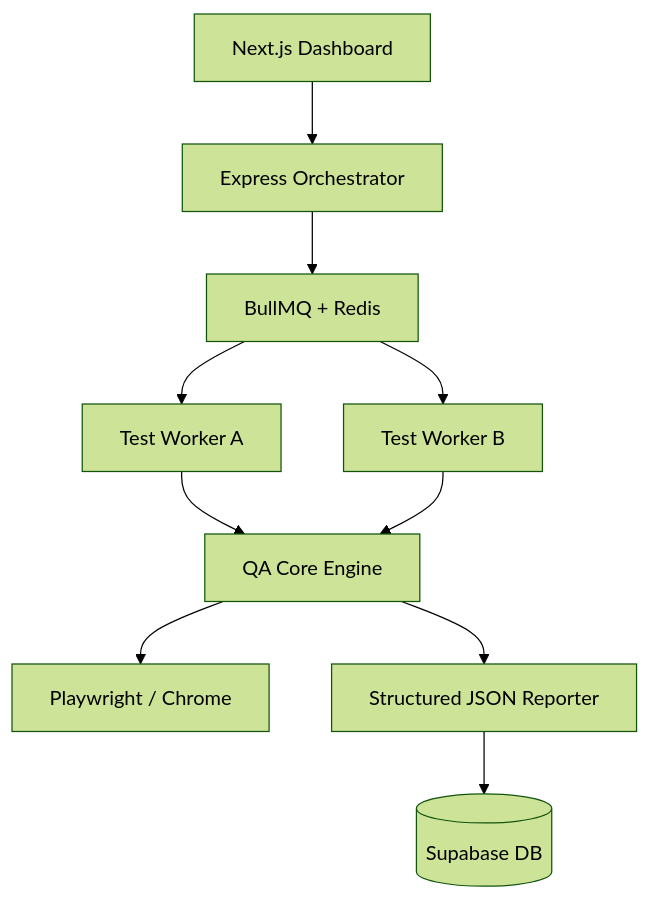
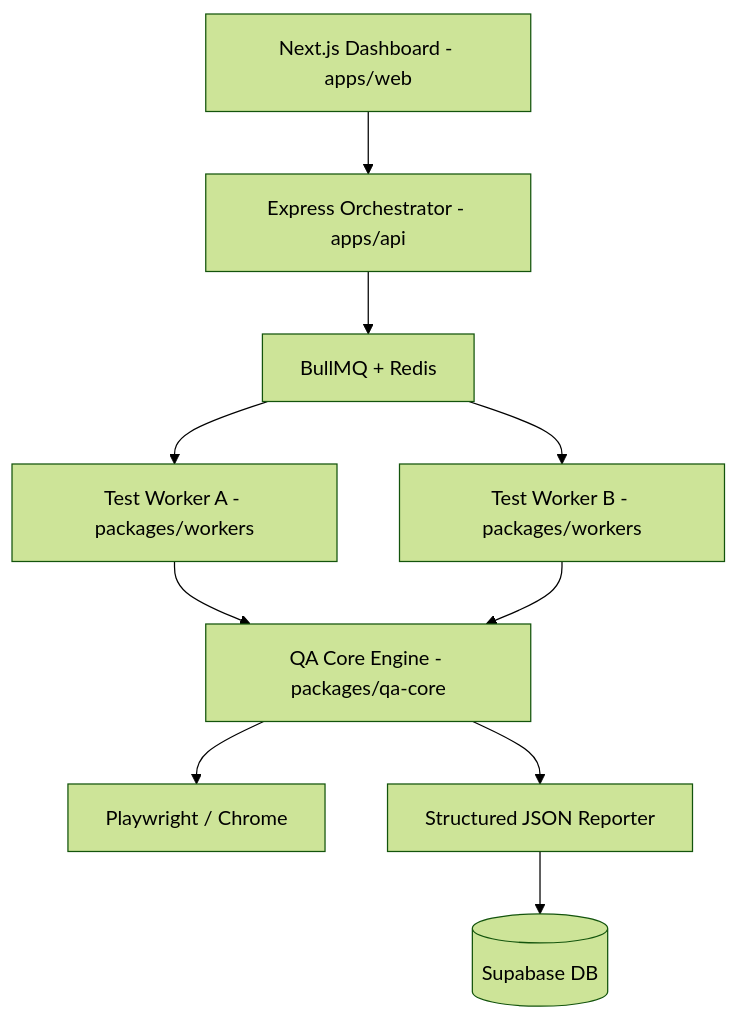
Before and after one commit to josemanuelsuarez110/qa-sentinel-platform: the diagram in README.md, drawn with Mermaid (forest theme). The commit also changed other lines of this file and 57 other files, not shown here.

````diff
--- a/README.md
+++ b/README.md
@@ -12,12 +9,12 @@
 ```mermaid
 graph TD
-    Dashboard[Next.js Dashboard] --> Backend[Express Orchestrator]
+    Dashboard[Next.js Dashboard - apps/web] --> Backend[Express Orchestrator - apps/api]
     Backend --> Redis[BullMQ + Redis]
-    Redis --> Worker1[Test Worker A]
-    Redis --> Worker2[Test Worker B]
-    Worker1 --> QACore[QA Core Engine]
-    Worker2 --> QACore[QA Core Engine]
+    Redis --> Worker1[Test Worker A - packages/workers]
+    Redis --> Worker2[Test Worker B - packages/workers]
+    Worker1 --> QACore[QA Core Engine - packages/qa-core]
+    Worker2 --> QACore[QA Core Engine - packages/qa-core]
     QACore --> Playwright[Playwright / Chrome]
     QACore --> Reporter[Structured JSON Reporter]
     Reporter --> Supabase[(Supabase DB)]
 ```
````
